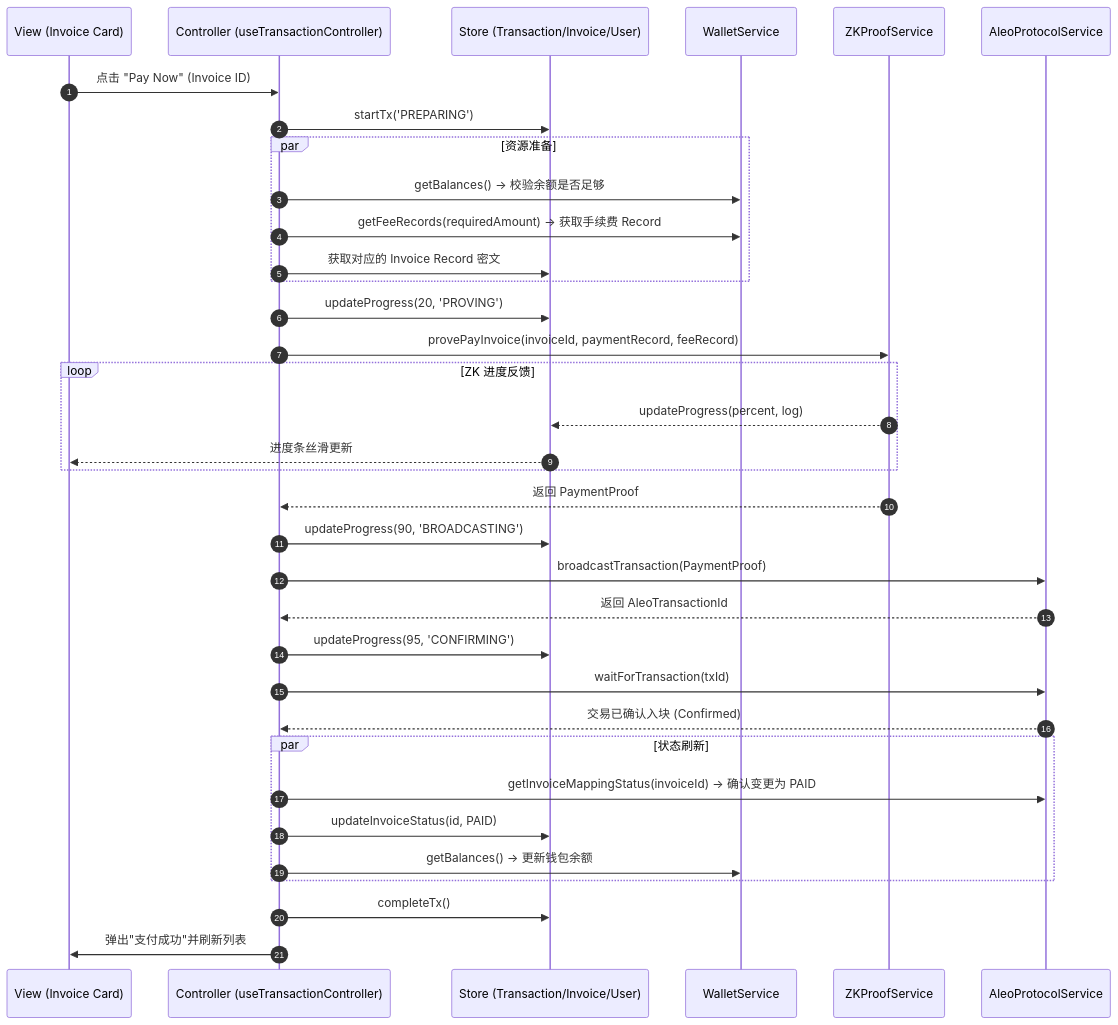
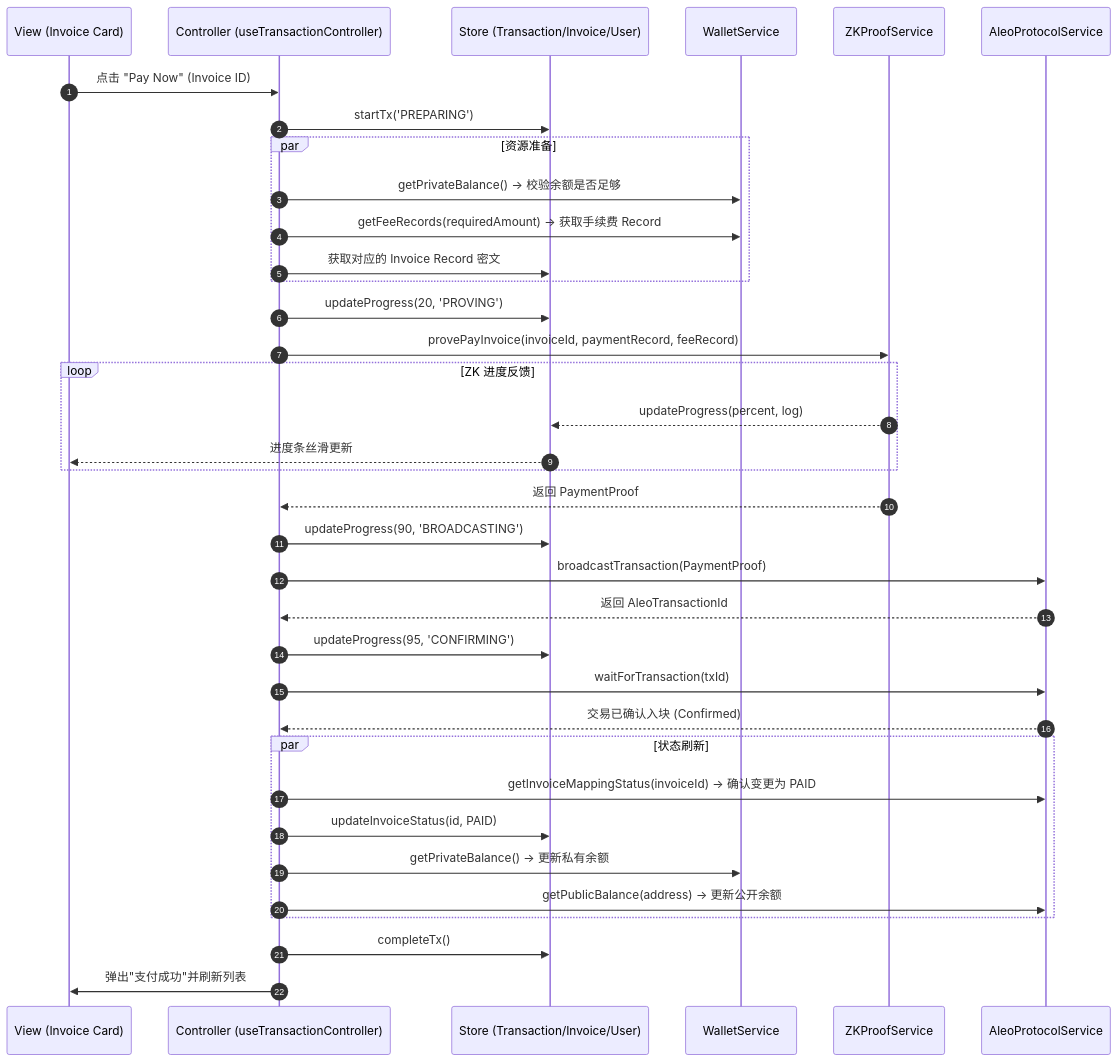
One commit to WHXisWH/alpaca-invoice changed the fifth of 8 diagrams in docs/ARCHITECTURE_NEW.md. Above: the diagram before and after it, drawn with Mermaid. The commit also changed other lines of this file, not shown here.

````diff
--- a/docs/ARCHITECTURE_NEW.md
+++ b/docs/ARCHITECTURE_NEW.md
@@ -213,43 +300,44 @@
 ```mermaid
 sequenceDiagram
     autonumber
     participant V as View (Invoice Card)
     participant C as Controller (useTransactionController)
     participant S as Store (Transaction/Invoice/User)
     participant WS as WalletService
     participant ZK as ZKProofService
     participant PS as AleoProtocolService
     V->>C: 点击 "Pay Now" (Invoice ID)
     C->>S: startTx('PREPARING')
     
     par 资源准备
-        C->>WS: getBalances() -> 校验余额是否足够
+        C->>WS: getPrivateBalance() -> 校验余额是否足够
         C->>WS: getFeeRecords(requiredAmount) -> 获取手续费 Record
         C->>S: 获取对应的 Invoice Record 密文
     end
     C->>S: updateProgress(20, 'PROVING')
     C->>ZK: provePayInvoice(invoiceId, paymentRecord, feeRecord)
     
     loop ZK 进度反馈
         ZK-->>S: updateProgress(percent, log)
         S-->>V: 进度条丝滑更新
     end
     ZK-->>C: 返回 PaymentProof
     C->>S: updateProgress(90, 'BROADCASTING')
     
     C->>PS: broadcastTransaction(PaymentProof)
     PS-->>C: 返回 AleoTransactionId
     
     C->>S: updateProgress(95, 'CONFIRMING')
     C->>PS: waitForTransaction(txId)
     PS-->>C: 交易已确认入块 (Confirmed)
     
     par 状态刷新
         C->>PS: getInvoiceMappingStatus(invoiceId) -> 确认变更为 PAID
         C->>S: updateInvoiceStatus(id, PAID)
-        C->>WS: getBalances() -> 更新钱包余额
+        C->>WS: getPrivateBalance() -> 更新私有余额
+        C->>PS: getPublicBalance(address) -> 更新公开余额
     end
     
     C->>S: completeTx()
     C->>V: 弹出"支付成功"并刷新列表
 ```
````
